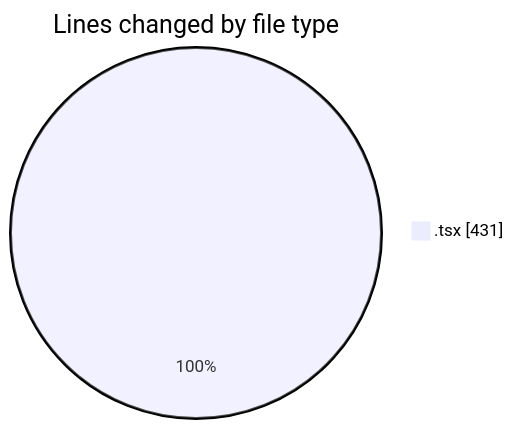
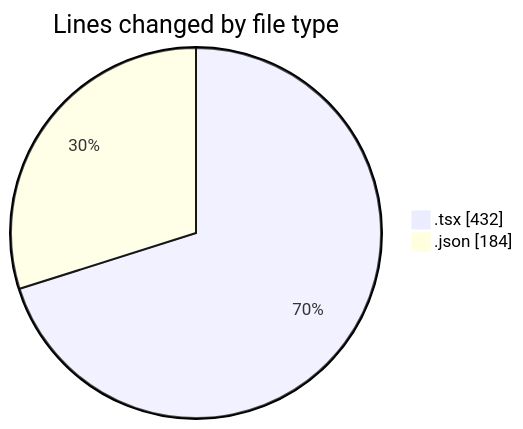
Before and after one commit to momahboobian/code-tracking: the first of 2 diagrams in 2026-01-12/cda/README.md, drawn with Mermaid. The commit also changed other lines of this file and 1 other file, not shown here.

````diff
--- a/2026-01-12/cda/README.md
+++ b/2026-01-12/cda/README.md
@@ -20,5 +21,6 @@
 ```mermaid
 pie showData
 title Lines changed by file type
-".tsx" : 431
+".tsx" : 432
+".json" : 184
 ```
````
